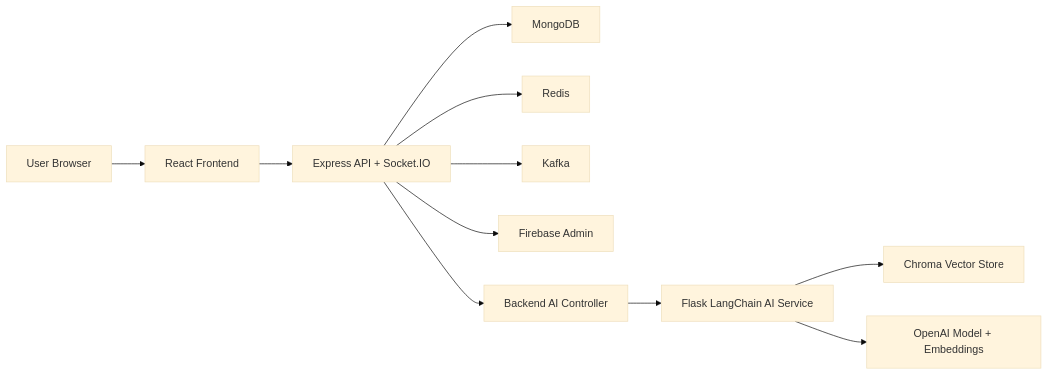
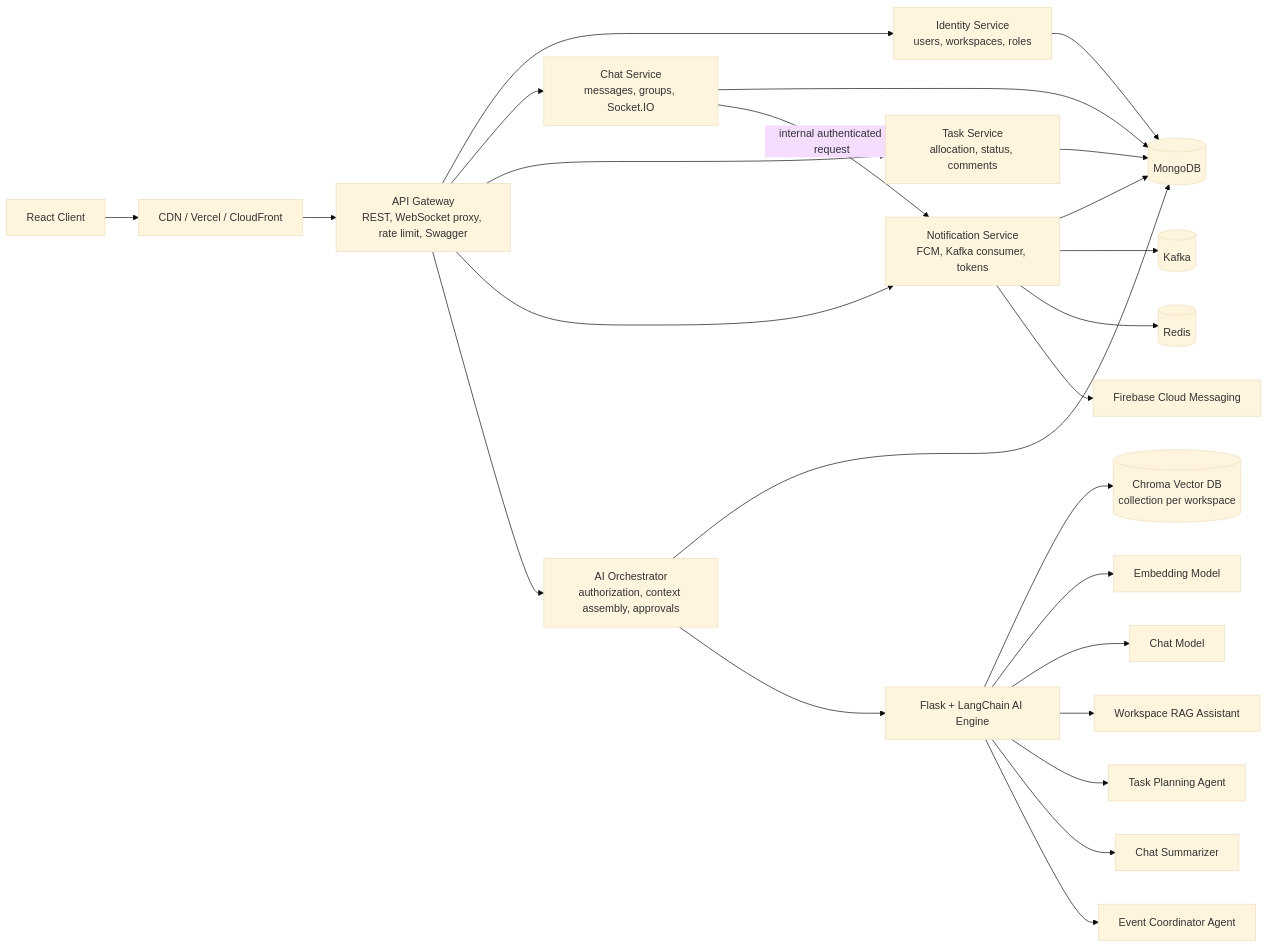
Before and after one commit to Akshanshkaushal/ComConnect: the first of 8 diagrams in docs/architecture-guide.md, drawn with Mermaid (base theme). The commit also changed other lines of this file and 86 other files, not shown here.

Commit message:
ui and architecture changes

````diff
--- a/docs/architecture-guide.md
+++ b/docs/architecture-guide.md
@@ -15,13 +26,32 @@
 ```mermaid
 flowchart LR
-  User["User Browser"] --> Frontend["React Frontend"]
-  Frontend --> Backend["Express API + Socket.IO"]
-  Backend --> MongoDB["MongoDB"]
-  Backend --> Redis["Redis"]
-  Backend --> Kafka["Kafka"]
-  Backend --> Firebase["Firebase Admin"]
-  Backend --> AIProxy["Backend AI Controller"]
-  AIProxy --> AIService["Flask LangChain AI Service"]
-  AIService --> Chroma["Chroma Vector Store"]
-  AIService --> OpenAI["OpenAI Model + Embeddings"]
+  Browser["React Client"] --> Edge["CDN / Vercel / CloudFront"]
+  Edge --> Gateway["API Gateway<br/>REST, WebSocket proxy, rate limit, Swagger"]
+
+  Gateway --> Identity["Identity Service<br/>users, workspaces, roles"]
+  Gateway --> Chat["Chat Service<br/>messages, groups, Socket.IO"]
+  Gateway --> Tasks["Task Service<br/>allocation, status, comments"]
+  Gateway --> Notify["Notification Service<br/>FCM, Kafka consumer, tokens"]
+  Gateway --> AIAPI["AI Orchestrator<br/>authorization, context assembly, approvals"]
+
+  Identity --> Mongo[("MongoDB")]
+  Chat --> Mongo
+  Tasks --> Mongo
+  Notify --> Mongo
+  AIAPI --> Mongo
+
+  Chat -->|"internal authenticated request"| Notify
+  Notify --> Kafka[("Kafka")]
+  Notify --> Redis[("Redis")]
+  Notify --> Firebase["Firebase Cloud Messaging"]
+
+  AIAPI --> AIEngine["Flask + LangChain AI Engine"]
+  AIEngine --> Chroma[("Chroma Vector DB<br/>collection per workspace")]
+  AIEngine --> Embeddings["Embedding Model"]
+  AIEngine --> LLM["Chat Model"]
+
+  AIEngine --> RAG["Workspace RAG Assistant"]
+  AIEngine --> Planner["Task Planning Agent"]
+  AIEngine --> Summary["Chat Summarizer"]
+  AIEngine --> Coordinator["Event Coordinator Agent"]
 ```
````
